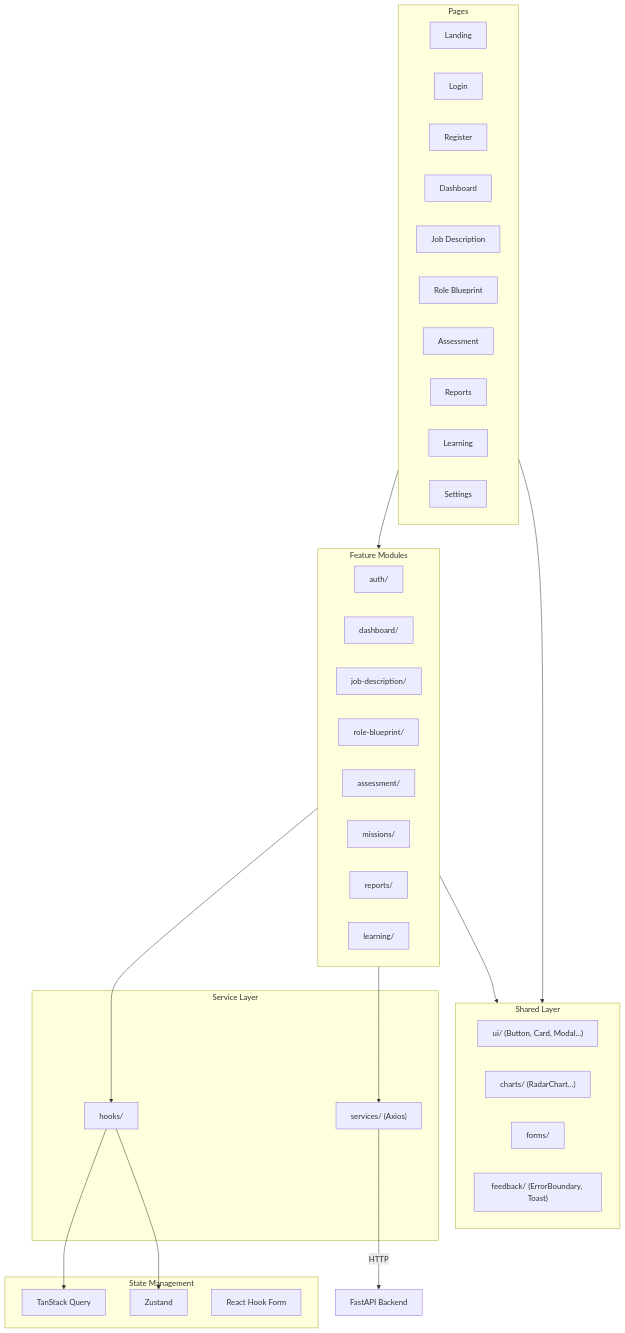
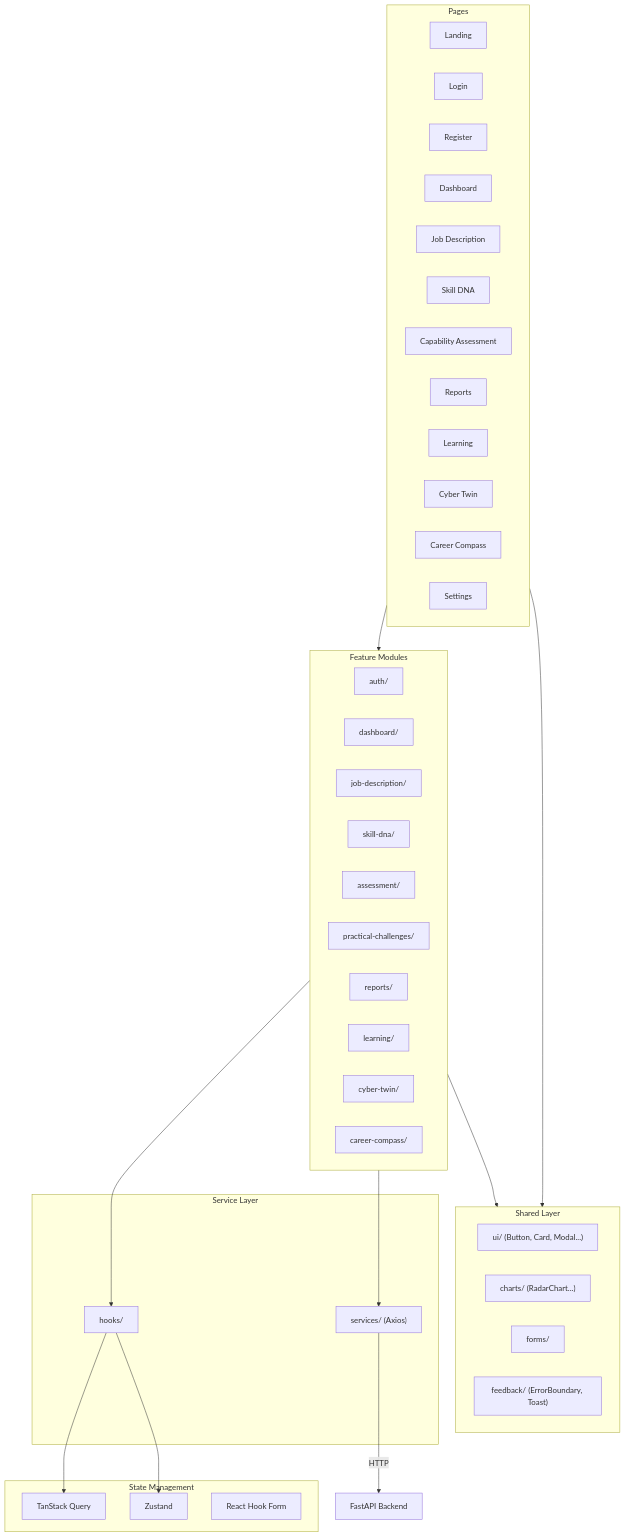
One commit to BL4CK-0PS/AegisIQ changed the fifth of 13 diagrams in README.md. Above: the diagram before and after it, drawn with Mermaid. The commit also changed other lines of this file and 88 other files, not shown here.

First line of the commit message:
docs: enhance all 40 docs with Mermaid diagrams and Related Documents

````diff
--- a/README.md
+++ b/README.md
@@ -296,49 +337,53 @@
 ```mermaid
 flowchart TD
     subgraph Pages["Pages"]
         LP["Landing"]
         LG["Login"]
         RG["Register"]
         DB["Dashboard"]
         JD["Job Description"]
-        RB["Role Blueprint"]
-        AS["Assessment"]
+        SD["Skill DNA"]
+        AS["Capability Assessment"]
         RP["Reports"]
         LN["Learning"]
+        CT["Cyber Twin"]
+        CC["Career Compass"]
         ST["Settings"]
     end
     subgraph Features["Feature Modules"]
         FA["auth/"]
         FD["dashboard/"]
         FJ["job-description/"]
-        FR["role-blueprint/"]
+        FS["skill-dna/"]
         FAS["assessment/"]
-        FM["missions/"]
+        FM["practical-challenges/"]
         FRP["reports/"]
         FL["learning/"]
+        FC["cyber-twin/"]
+        FCP["career-compass/"]
     end
     subgraph Shared["Shared Layer"]
         UI["ui/ (Button, Card, Modal...)"]
         CH["charts/ (RadarChart...)"]
         FM2["forms/"]
         FB["feedback/ (ErrorBoundary, Toast)"]
     end
     subgraph Services["Service Layer"]
         HO["hooks/"]
         API["services/ (Axios)"]
     end
     subgraph State["State Management"]
         TQ["TanStack Query"]
         ZH["Zustand"]
         RHF["React Hook Form"]
     end
 
     Pages --> Features
     Pages --> Shared
     Features --> Shared
     Features --> HO
     Features --> API
     HO --> TQ
     HO --> ZH
     API -->|HTTP| FAST["FastAPI Backend"]
 ```
````
